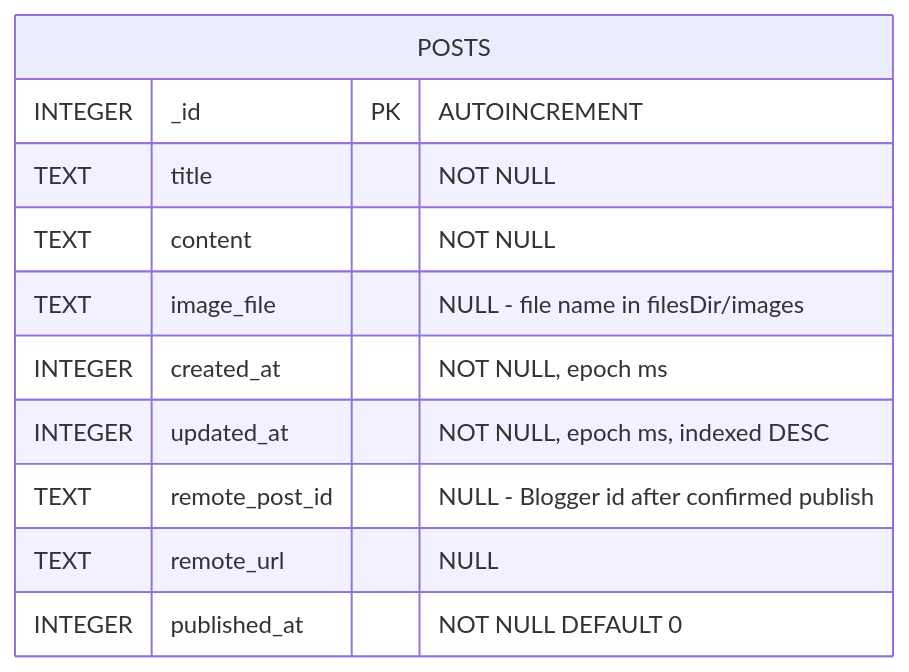
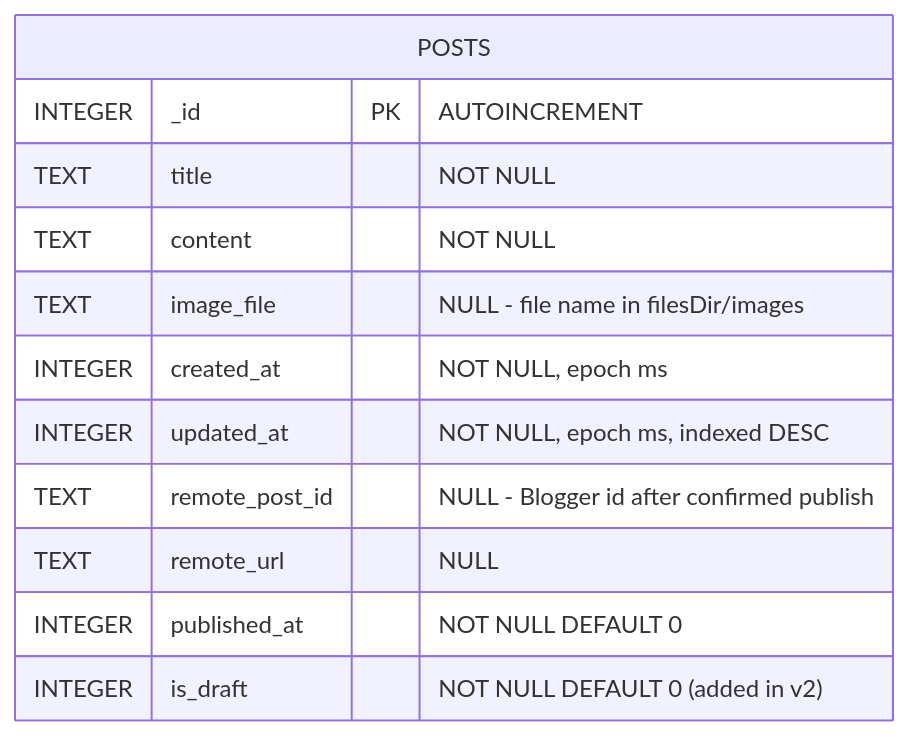
One commit to DilmiRathnayake/secure-blog-app-android changed the third of 5 diagrams in docs/DESIGN.md. Above: the diagram before and after it, drawn with Mermaid. The commit also changed other lines of this file and 170 other files, not shown here.

````diff
--- a/docs/DESIGN.md
+++ b/docs/DESIGN.md
@@ -125,14 +140,15 @@
 ```mermaid
 erDiagram
     POSTS {
         INTEGER _id PK "AUTOINCREMENT"
         TEXT title "NOT NULL"
         TEXT content "NOT NULL"
         TEXT image_file "NULL - file name in filesDir/images"
         INTEGER created_at "NOT NULL, epoch ms"
         INTEGER updated_at "NOT NULL, epoch ms, indexed DESC"
         TEXT remote_post_id "NULL - Blogger id after confirmed publish"
         TEXT remote_url "NULL"
         INTEGER published_at "NOT NULL DEFAULT 0"
+        INTEGER is_draft "NOT NULL DEFAULT 0 (added in v2)"
     }
 ```
````
